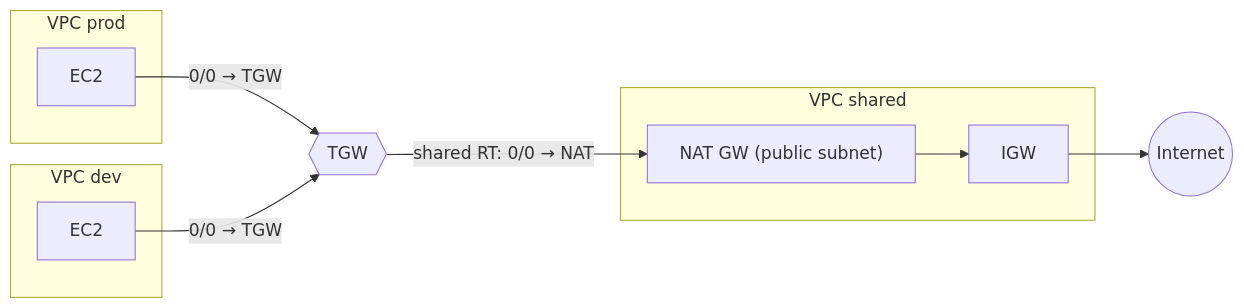
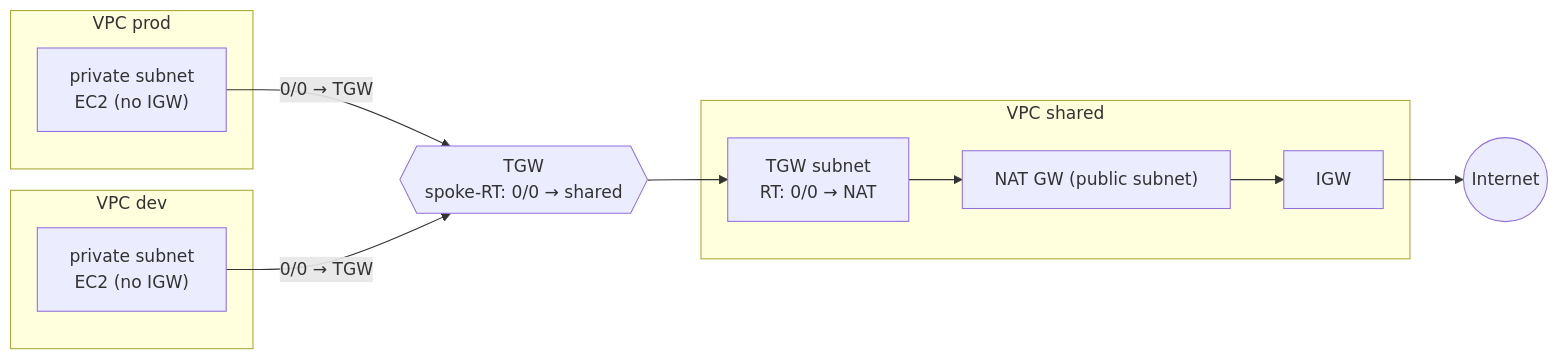
One commit to trongnvv/aws-iac changed the second of 6 diagrams in network/README.md. Above: the diagram before and after it, drawn with Mermaid. The commit also changed other lines of this file and 7 other files, not shown here.

````diff
--- a/network/README.md
+++ b/network/README.md
@@ -58,16 +60,17 @@
 ```mermaid
 graph LR
   subgraph prod["VPC prod"]
-    p[EC2]
+    p["private subnet<br/>EC2 (no IGW)"]
   end
   subgraph dev["VPC dev"]
-    d[EC2]
+    d["private subnet<br/>EC2 (no IGW)"]
   end
   subgraph shared["VPC shared"]
+    tsub["TGW subnet<br/>RT: 0/0 &rarr; NAT"]
     nat["NAT GW (public subnet)"]
     igw[IGW]
   end
-  p -->|"0/0 &rarr; TGW"| tgw{{TGW}}
+  p -->|"0/0 &rarr; TGW"| tgw{{"TGW<br/>spoke-RT: 0/0 &rarr; shared"}}
   d -->|"0/0 &rarr; TGW"| tgw
-  tgw -->|"shared RT: 0/0 &rarr; NAT"| nat --> igw --> net((Internet))
+  tgw --> tsub --> nat --> igw --> net((Internet))
 ```
````
